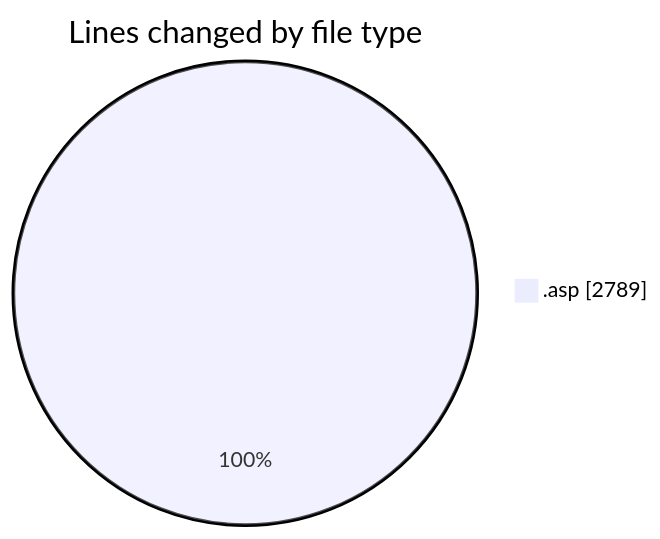
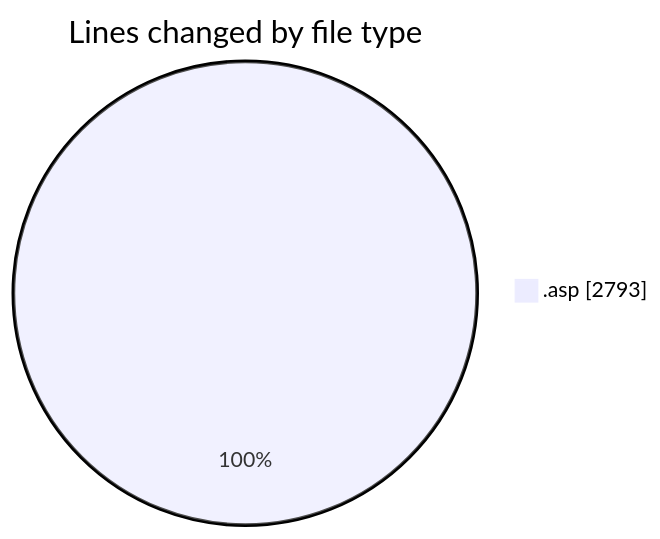
The first of 2 diagrams in 2025-10-31/cdp_aleoudev_fr__workspace_/README.md (julien-gomy/code-tracking), drawn with Mermaid before and after one commit. The commit also changed other lines of this file and 1 other file, not shown here.

````diff
--- a/2025-10-31/cdp_aleoudev_fr__workspace_/README.md
+++ b/2025-10-31/cdp_aleoudev_fr__workspace_/README.md
@@ -21,5 +21,5 @@
 ```mermaid
 pie showData
 title Lines changed by file type
-".asp" : 2789
+".asp" : 2793
 ```
````
